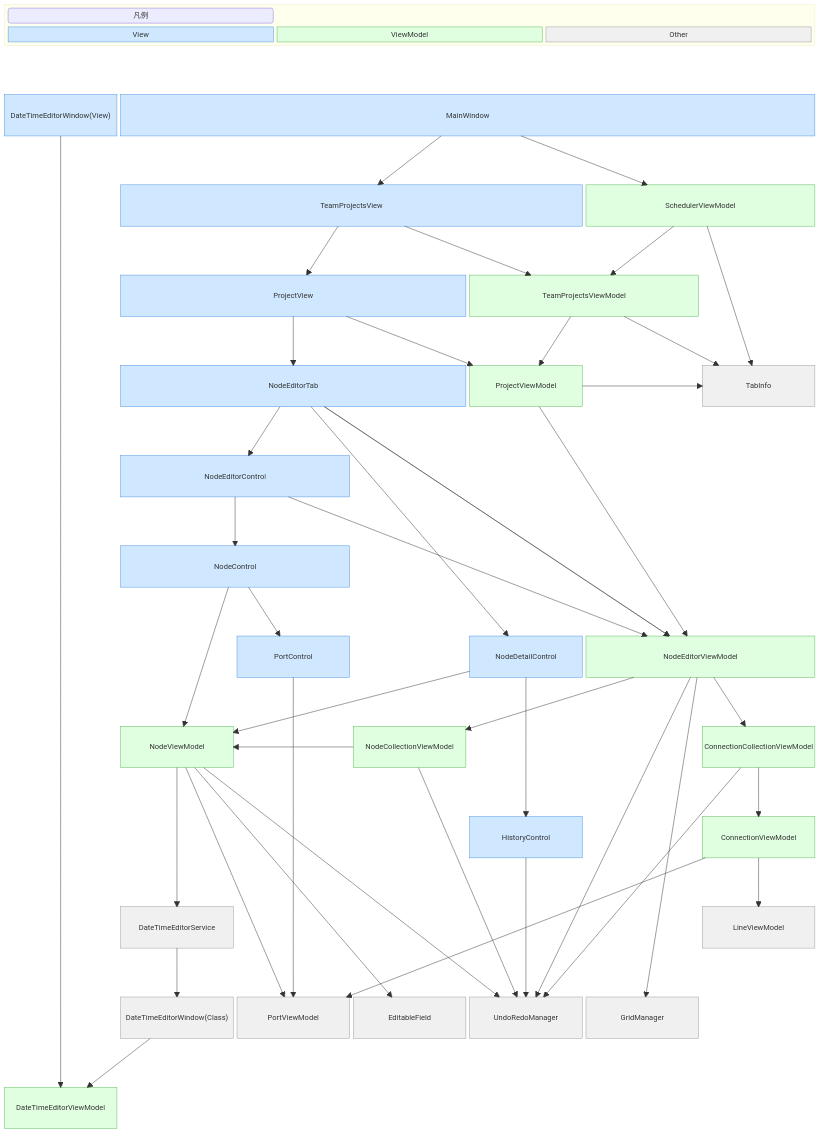
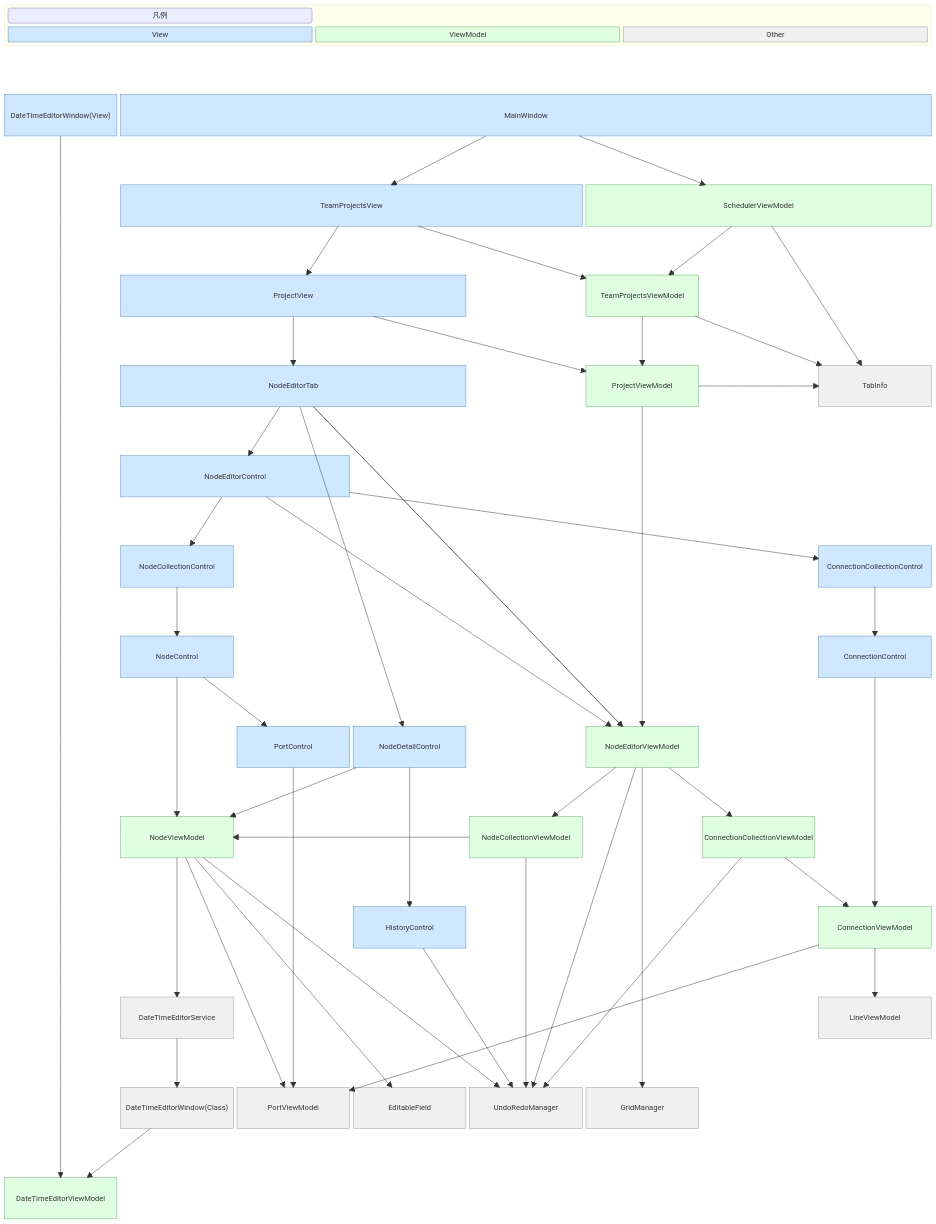
One commit to WhiteCatMonar/WcmScheduler changed the diagram in README.md. Above: the diagram before and after it, drawn with Mermaid. The commit also changed other lines of this file and 9 other files, not shown here.

````diff
--- a/README.md
+++ b/README.md
@@ -120,12 +128,12 @@
 ```mermaid
 block
-    columns 7
+    columns 8
 
     %% ============================
     %% Layouts (Views / ViewModels)
     %% ============================
 
-    block:LegendList:7
+    block:LegendList:8
         columns 3
         legend("凡例"):3
 
@@ -134,76 +142,89 @@
         Other
     end
 
-    space:7
+    space:8
 
     DateTimeEditorWindow_View["DateTimeEditorWindow(View)"]
-    MainWindow:6
+    MainWindow:7
 
-    space:7
+    space:8
 
     space
     TeamProjectsView:4
-    SchedulerViewModel:2
+    SchedulerViewModel:3
 
-    space:7
+    space:8
 
     space
     ProjectView:3
-    TeamProjectsViewModel:2
     space
+    TeamProjectsViewModel
+    space:2
 
-    space:7
+    space:8
 
     space
     NodeEditorTab:3
+    space
     ProjectViewModel
     space
     TabInfo
 
-    space:7
+    space:8
     
     space
     NodeEditorControl:2
     space:4
+    space
     
-    space:7
+    space:8
     
     space
-    NodeControl:2
-    space:4
+    NodeCollectionControl
+    space:5
+    ConnectionCollectionControl
+    
+    space:8
+    
+    space
+    NodeControl
+    space:5
+    ConnectionControl
 
-    space:7
+    space:8
 
     space:2
     PortControl
+    NodeDetailControl
     space
-    NodeDetailControl
-    NodeEditorViewModel:2
+    NodeEditorViewModel
+    space:2
 
-    space:7
+    space:8
 
     space
     NodeViewModel
+    space:2
+    NodeCollectionViewModel
     space
-    NodeCollectionViewModel
-    space:2
     ConnectionCollectionViewModel
+    space
 
-    space:7
+    space:8
 
-    space:4
+    space:3
     HistoryControl
-    space
+    space:3
     ConnectionViewModel
     
-    space:7
+    space:8
     
     space
     DateTimeEditorService
-    space:4
+    space:5
     LineViewModel
 
-    space:7
+    space:8
 
     space
     DateTimeEditorWindow_Class["DateTimeEditorWindow(Class)"]
@@ -212,11 +233,11 @@
     UndoRedoManager
     GridManager
     space
+    space
 
-    space:7
+    space:8
 
     DateTimeEditorViewModel
-    space:6
 
     %% ============================
     %% Dependencies (View)
@@ -227,7 +248,10 @@
     NodeEditorTab --> NodeEditorControl
     NodeEditorTab --> NodeDetailControl
     NodeDetailControl --> HistoryControl
-    NodeEditorControl --> NodeControl
+    NodeEditorControl --> NodeCollectionControl
+    NodeCollectionControl --> NodeControl
+    NodeEditorControl --> ConnectionCollectionControl
+    ConnectionCollectionControl --> ConnectionControl
     NodeControl --> PortControl
 
     %% ============================
@@ -239,6 +263,7 @@
     NodeEditorTab --> NodeEditorViewModel
     NodeEditorControl --> NodeEditorViewModel
     NodeControl --> NodeViewModel
+    ConnectionControl --> ConnectionViewModel
     PortControl --> PortViewModel
     NodeDetailControl --> NodeViewModel
     HistoryControl --> UndoRedoManager
@@ -292,7 +317,10 @@
     style NodeEditorTab fill:#D0E8FF,stroke:#4A90E2,color:#000000
     style NodeEditorControl fill:#D0E8FF,stroke:#4A90E2,color:#000000
     style NodeDetailControl fill:#D0E8FF,stroke:#4A90E2,color:#000000
+    style NodeCollectionControl fill:#D0E8FF,stroke:#4A90E2,color:#000000
     style NodeControl fill:#D0E8FF,stroke:#4A90E2,color:#000000
+    style ConnectionCollectionControl fill:#D0E8FF,stroke:#4A90E2,color:#000000
+    style ConnectionControl fill:#D0E8FF,stroke:#4A90E2,color:#000000
     style PortControl fill:#D0E8FF,stroke:#4A90E2,color:#000000
     style DateTimeEditorWindow_View fill:#D0E8FF,stroke:#4A90E2,color:#000000
     style HistoryControl fill:#D0E8FF,stroke:#4A90E2,color:#000000
````
